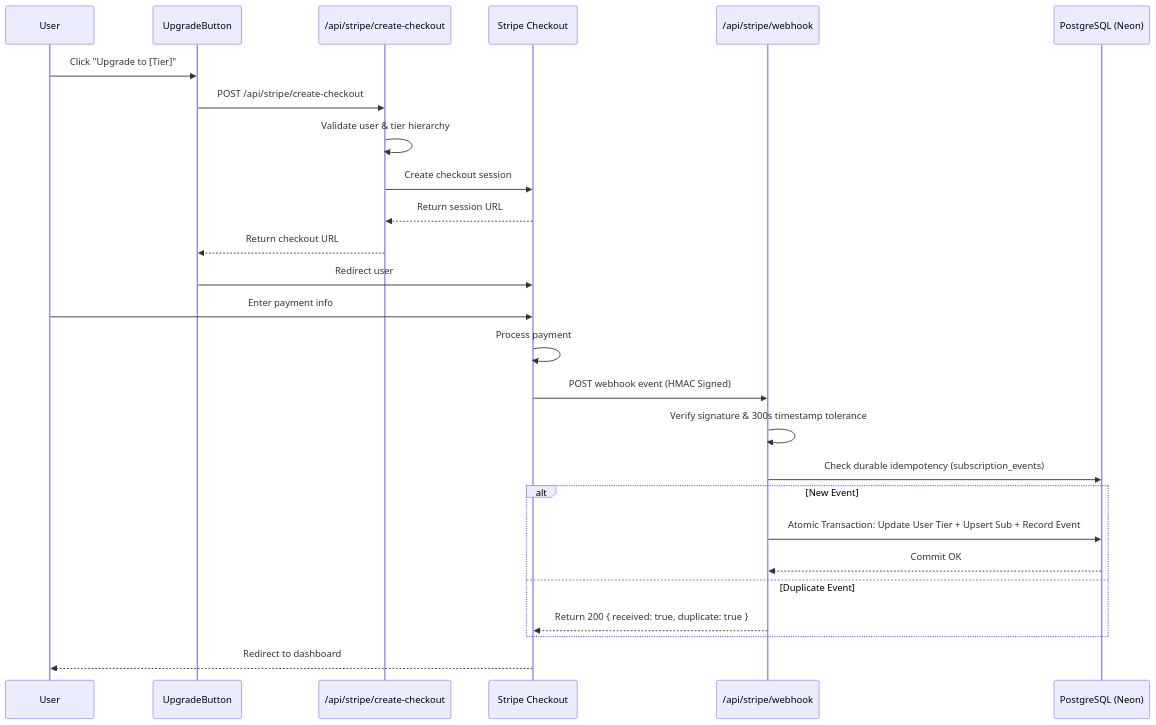
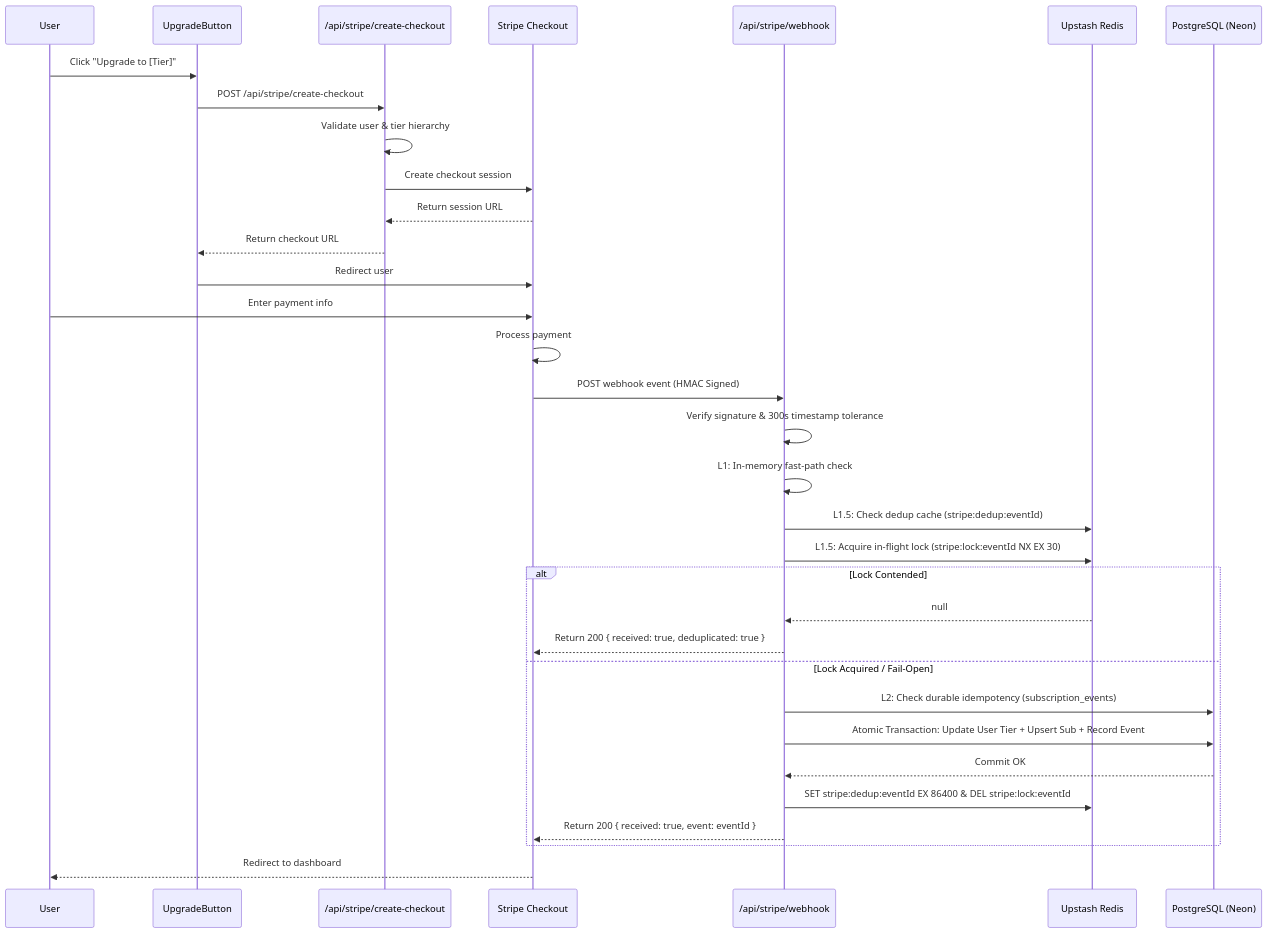
One commit to Abdullah931-stack/LUGX changed the diagram in docs/guides/STRIPE_INTEGRATION.md. Above: the diagram before and after it, drawn with Mermaid. The commit also changed other lines of this file and 10 other files, not shown here.

First line of the commit message:
feat(stripe): implement distributed webhook in-flight lock, multi-tier deduplication, and bump to v1.30.0

````diff
--- a/docs/guides/STRIPE_INTEGRATION.md
+++ b/docs/guides/STRIPE_INTEGRATION.md
@@ -11,29 +11,36 @@
 ```mermaid
 sequenceDiagram
     participant User
     participant UpgradeButton
     participant CreateCheckoutAPI as /api/stripe/create-checkout
     participant StripeCheckout as Stripe Checkout
     participant StripeWebhook as /api/stripe/webhook
+    participant Redis as Upstash Redis
     participant DB as PostgreSQL (Neon)
 
     User->>UpgradeButton: Click "Upgrade to [Tier]"
     UpgradeButton->>CreateCheckoutAPI: POST /api/stripe/create-checkout
     CreateCheckoutAPI->>CreateCheckoutAPI: Validate user & tier hierarchy
     CreateCheckoutAPI->>StripeCheckout: Create checkout session
     StripeCheckout-->>CreateCheckoutAPI: Return session URL
     CreateCheckoutAPI-->>UpgradeButton: Return checkout URL
     UpgradeButton->>StripeCheckout: Redirect user
     User->>StripeCheckout: Enter payment info
     StripeCheckout->>StripeCheckout: Process payment
     StripeCheckout->>StripeWebhook: POST webhook event (HMAC Signed)
     StripeWebhook->>StripeWebhook: Verify signature & 300s timestamp tolerance
-    StripeWebhook->>DB: Check durable idempotency (subscription_events)
-    alt New Event
+    StripeWebhook->>StripeWebhook: L1: In-memory fast-path check
+    StripeWebhook->>Redis: L1.5: Check dedup cache (stripe:dedup:eventId)
+    StripeWebhook->>Redis: L1.5: Acquire in-flight lock (stripe:lock:eventId NX EX 30)
+    alt Lock Contended
+        Redis-->>StripeWebhook: null
+        StripeWebhook-->>StripeCheckout: Return 200 { received: true, deduplicated: true }
+    else Lock Acquired / Fail-Open
+        StripeWebhook->>DB: L2: Check durable idempotency (subscription_events)
         StripeWebhook->>DB: Atomic Transaction: Update User Tier + Upsert Sub + Record Event
         DB-->>StripeWebhook: Commit OK
-    else Duplicate Event
-        StripeWebhook-->>StripeCheckout: Return 200 { received: true, duplicate: true }
+        StripeWebhook->>Redis: SET stripe:dedup:eventId EX 86400 & DEL stripe:lock:eventId
+        StripeWebhook-->>StripeCheckout: Return 200 { received: true, event: eventId }
     end
     StripeCheckout-->>User: Redirect to dashboard
 ```
````
